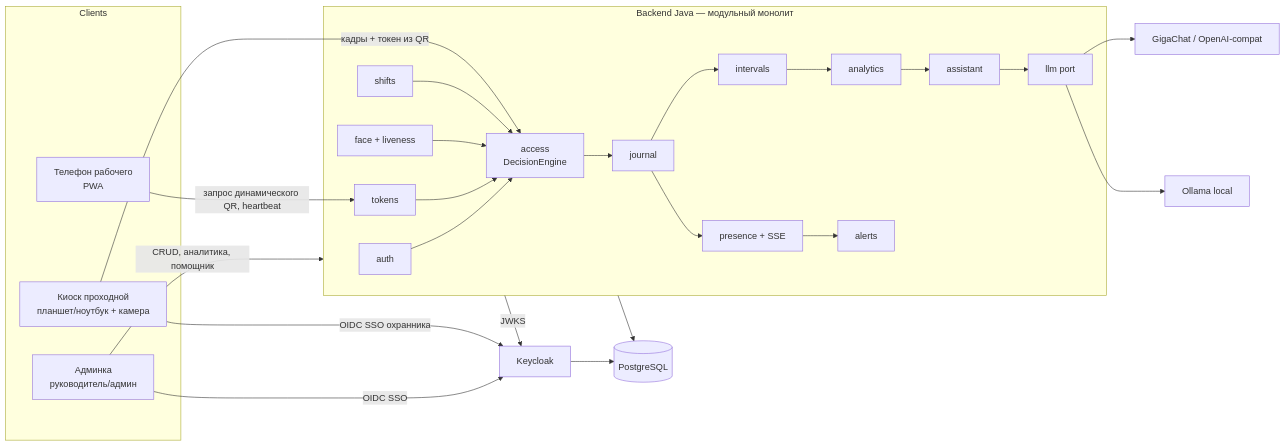
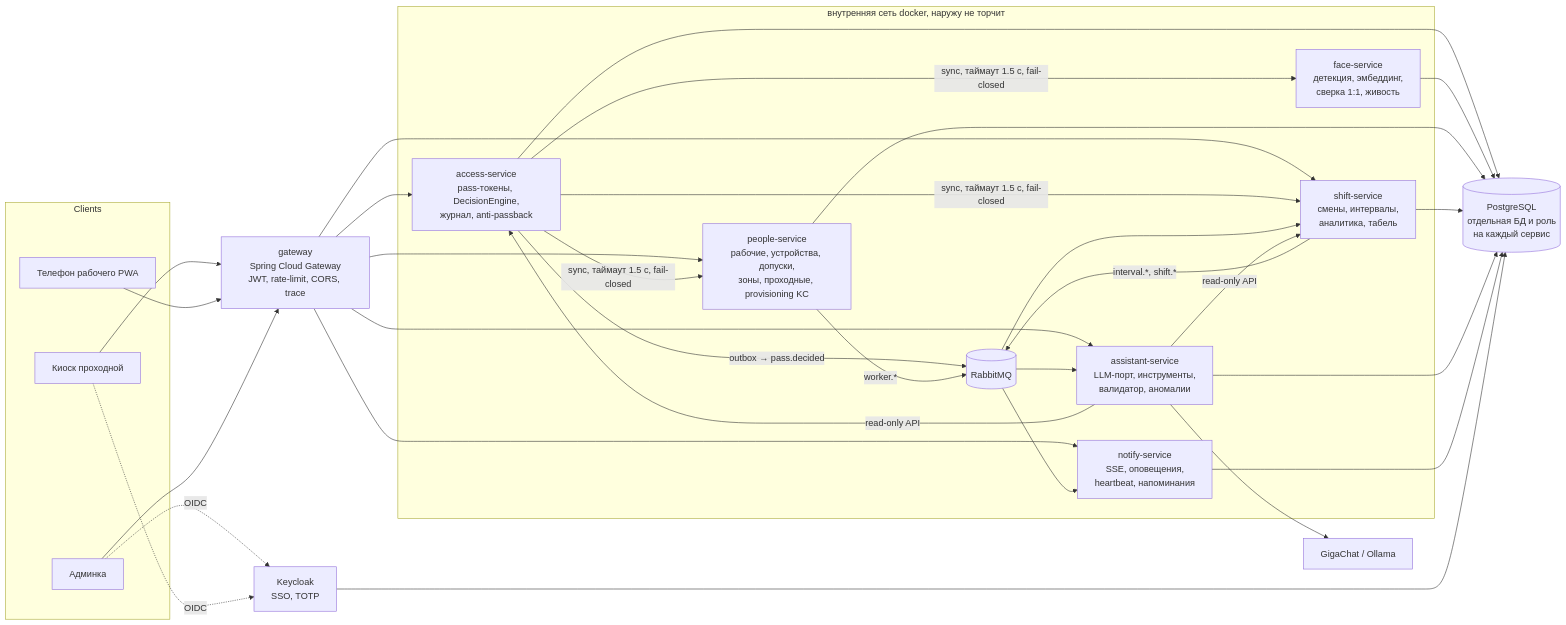
The first of 3 diagrams in proxodnaya/docs/ARCHITECTURE.md (Digital-Hustle/sber-hack), drawn with Mermaid before and after one commit. The commit also changed other lines of this file and 25 other files, not shown here.

First line of the commit message:
feat(proxodnaya): переход на микросервисы — gateway + 6 сервисов, RabbitMQ, outbox, Jaeger (ADR-015..019)

````diff
--- a/proxodnaya/docs/ARCHITECTURE.md
+++ b/proxodnaya/docs/ARCHITECTURE.md
@@ -4,31 +4,33 @@
 ```mermaid
 flowchart LR
   subgraph Clients
-    K[Киоск проходной<br/>планшет/ноутбук + камера]
-    W[Телефон рабочего<br/>PWA]
-    A[Админка<br/>руководитель/админ]
+    K[Киоск проходной]
+    W[Телефон рабочего PWA]
+    A[Админка]
   end
-  subgraph Server[Backend Java — модульный монолит]
-    AUTH[auth] --> ACC[access<br/>DecisionEngine]
-    TOK[tokens] --> ACC
-    FACE[face + liveness] --> ACC
-    SH[shifts] --> ACC
-    ACC --> J[journal]
-    J --> INT[intervals]
-    INT --> AN[analytics]
-    J --> PR[presence + SSE]
-    PR --> AL[alerts]
-    AN --> AS[assistant]
-    AS --> LLM[llm port]
+  KC[Keycloak<br/>SSO, TOTP]
+  GW[gateway<br/>Spring Cloud Gateway<br/>JWT, rate-limit, CORS, trace]
+  subgraph Internal[внутренняя сеть docker, наружу не торчит]
+    ACC[access-service<br/>pass-токены, DecisionEngine,<br/>журнал, anti-passback]
+    FACE[face-service<br/>детекция, эмбеддинг,<br/>сверка 1:1, живость]
+    PPL[people-service<br/>рабочие, устройства, допуски,<br/>зоны, проходные, provisioning KC]
+    SH[shift-service<br/>смены, интервалы,<br/>аналитика, табель]
+    AS[assistant-service<br/>LLM-порт, инструменты,<br/>валидатор, аномалии]
+    NT[notify-service<br/>SSE, оповещения,<br/>heartbeat, напоминания]
+    MQ[(RabbitMQ)]
   end
-  K -- кадры + токен из QR --> ACC
-  W -- запрос динамического QR, heartbeat --> TOK
-  A -- CRUD, аналитика, помощник --> Server
-  A -- OIDC SSO --> KC[Keycloak]
-  K -- OIDC SSO охранника --> KC
+  DB[(PostgreSQL<br/>отдельная БД и роль<br/>на каждый сервис)]
+  LLM[GigaChat / Ollama]
+  K & W & A --> GW
+  A & K -. OIDC .-> KC
+  GW --> ACC & PPL & SH & AS & NT
+  ACC -- sync, таймаут 1.5 с, fail-closed --> FACE & PPL & SH
+  ACC -- outbox → pass.decided --> MQ
+  PPL -- worker.* --> MQ
+  MQ --> SH & NT & AS
+  SH -- interval.*, shift.* --> MQ
+  AS -- read-only API --> SH & ACC
+  AS --> LLM
+  ACC & FACE & PPL & SH & AS & NT --> DB
   KC --> DB
-  Server -- JWKS --> KC
-  Server --> DB[(PostgreSQL)]
-  LLM --> G[GigaChat / OpenAI-compat]
-  LLM --> O[Ollama local]
 ```
````
